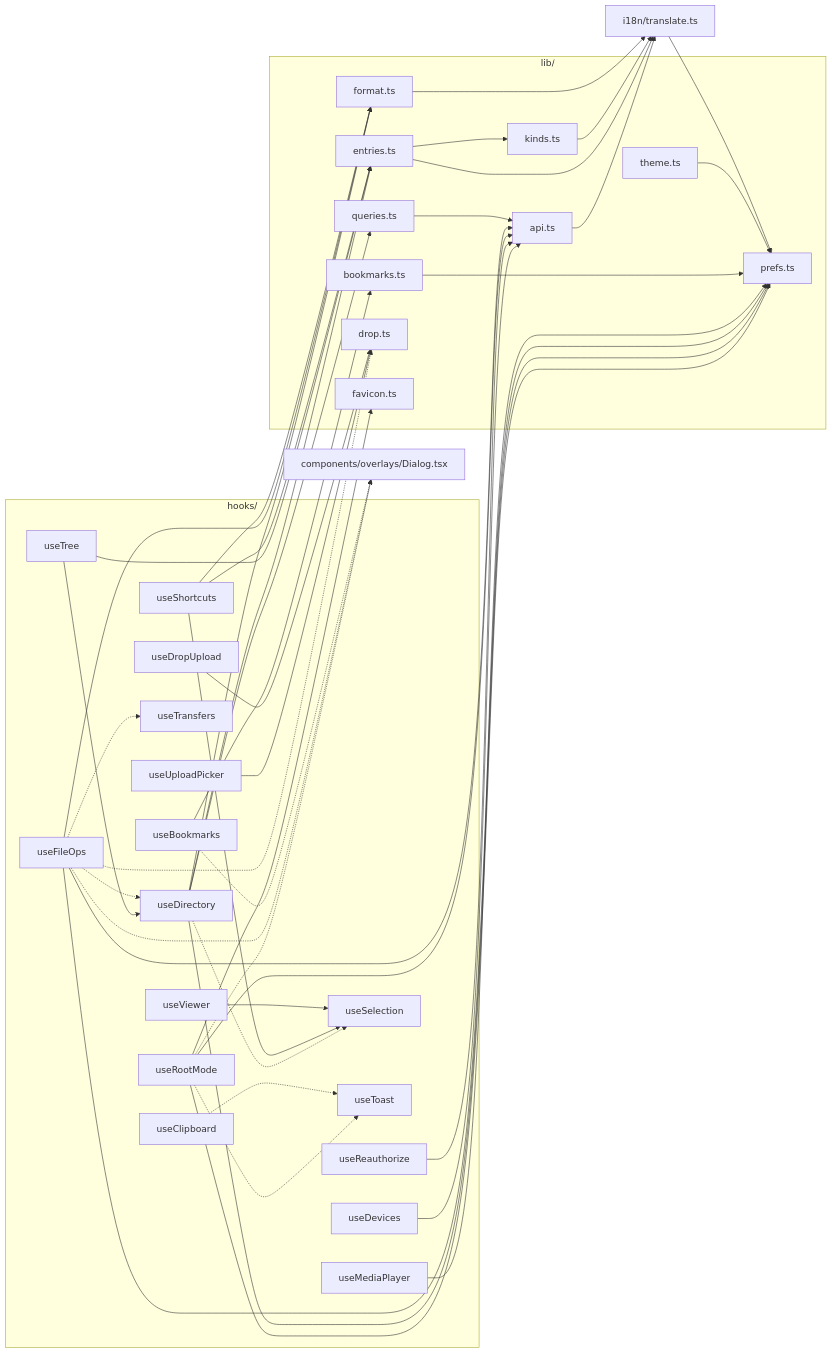
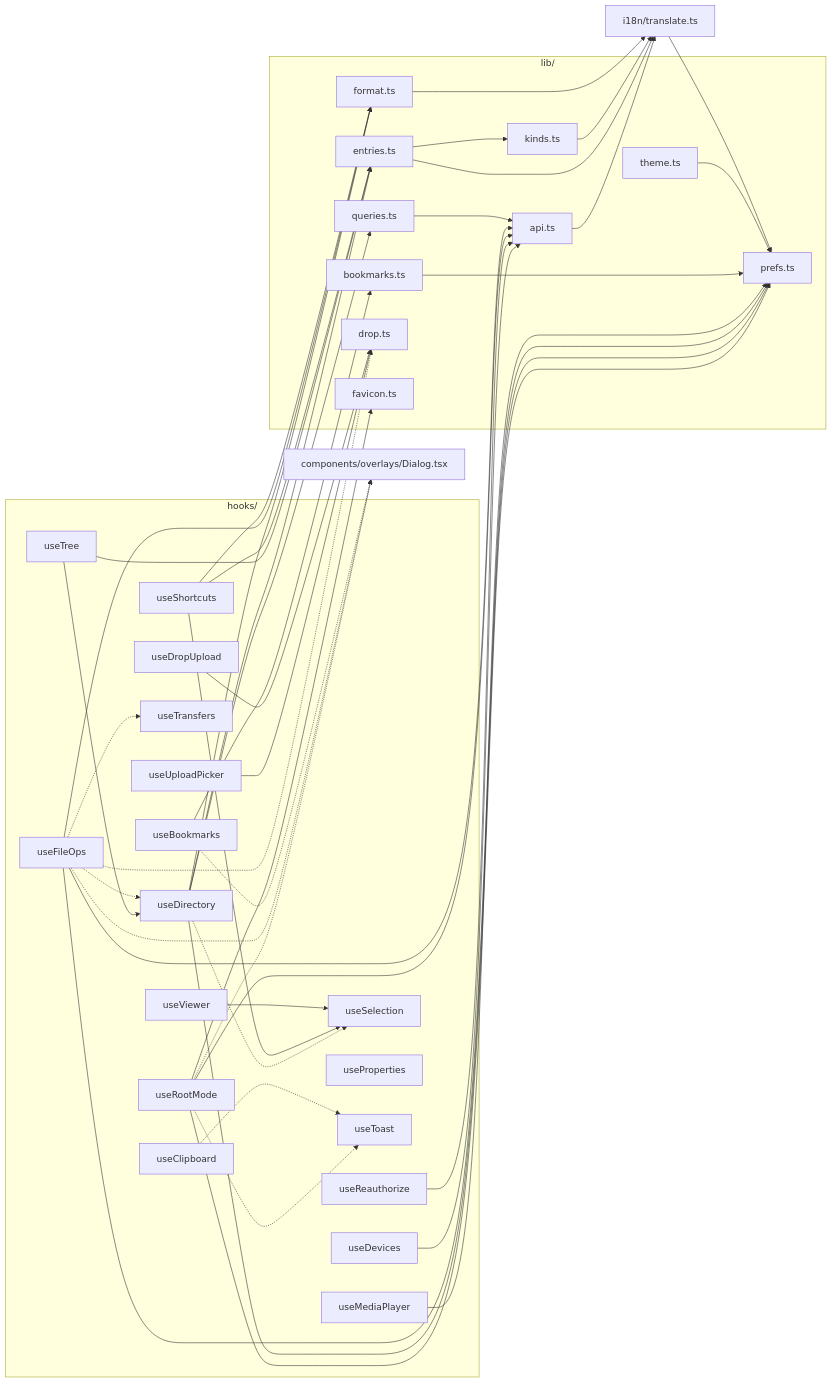
Before and after one commit to wynnyu/adb-file-manager: the sixth of 10 diagrams in docs/architecture.md, drawn with Mermaid. The commit also changed other lines of this file and 3 other files, not shown here.

````diff
--- a/docs/architecture.md
+++ b/docs/architecture.md
@@ -179,79 +182,80 @@
 ```mermaid
 flowchart LR
   subgraph hooks["hooks/"]
     useDevices
     useReauthorize
     useRootMode
     useSelection
     useDirectory
     useTree
     useFileOps
+    useProperties
     useClipboard
     useBookmarks
     useTransfers
     useToast
     useShortcuts
     useViewer
     useMediaPlayer
     useUploadPicker
     useDropUpload
   end
 
   subgraph lib["lib/"]
     api["api.ts"]
     queries["queries.ts"]
     entries["entries.ts"]
     kinds["kinds.ts"]
     format["format.ts"]
     prefs["prefs.ts"]
     bookmarks["bookmarks.ts"]
     drop["drop.ts"]
     theme["theme.ts"]
     favicon["favicon.ts"]
   end
 
   translate["i18n/translate.ts"]
   Dialog["components/overlays/Dialog.tsx"]
 
   useDevices --> api
   useReauthorize --> api
   useRootMode --> api
   useRootMode --> prefs
   useRootMode --> favicon
   useRootMode -.-> useToast
   useRootMode -.-> Dialog
   useDirectory --> queries
   useDirectory --> entries
   useDirectory --> format
   useDirectory --> prefs
   useDirectory -.-> useSelection
   useTree --> useDirectory
   useTree --> entries
   useFileOps --> api
   useFileOps --> format
   useFileOps --> prefs
   useFileOps -.-> useDirectory
   useFileOps -.-> useTransfers
   useFileOps -.-> drop
   useFileOps -.-> Dialog
   useClipboard -.-> useToast
   useBookmarks --> bookmarks
   useBookmarks -.-> Dialog
   useShortcuts --> useSelection
   useShortcuts --> entries
   useShortcuts --> format
   useViewer --> useSelection
   useMediaPlayer --> prefs
   useUploadPicker --> drop
   useDropUpload --> drop
 
   queries --> api
   api --> translate
   entries --> kinds
   entries --> translate
   kinds --> translate
   format --> translate
   bookmarks --> prefs
   theme --> prefs
   translate --> prefs
 ```
````
